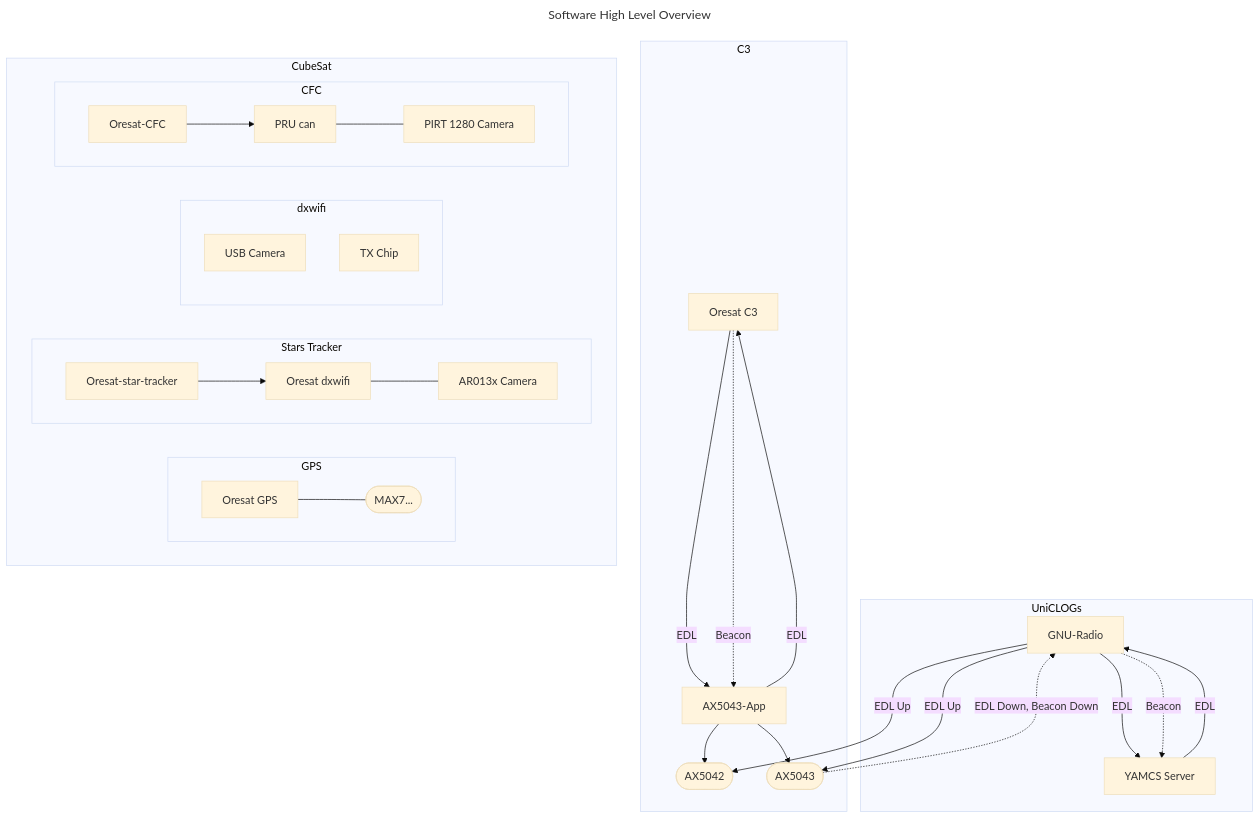
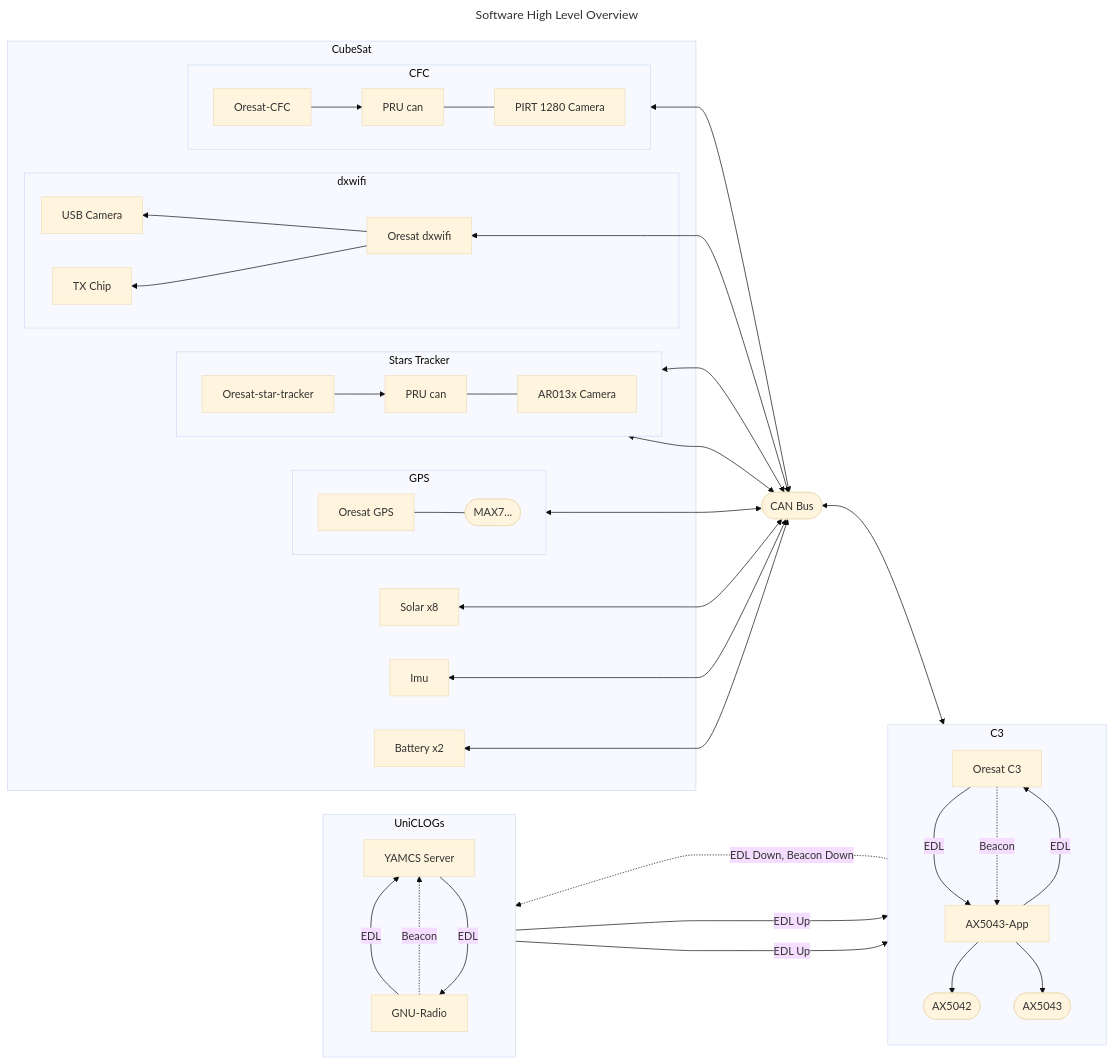
The diagram in docs/software-hdl.mermaid (oresat/oresat-software-docs), drawn with Mermaid (base theme) before and after one commit.

Commit message:
inital communication hdl

```diff
--- a/docs/software-hdl.mermaid
+++ b/docs/software-hdl.mermaid
@@ -1,66 +1,88 @@
 ---
 title: Software High Level Overview
 ---
 
-flowchart TB
+flowchart RL
     subgraph GroundStation [UniCLOGs]
+        direction BT
         server2[GNU-Radio]
         server1[YAMCS Server]
 
         server1-->|EDL| server2
         server2-->|EDL| server1
         server2-..->|Beacon| server1
     end
 
     subgraph controller[C3]
+        direction TB
         app1[Oresat C3]
         app2[AX5043-App]
 
         chip1([AX5042])
         chip2([AX5043])
 
         app1-->|EDL|app2
         app2-->|EDL|app1
         app1-..->|Beacon|app2
 
         app2-->chip1
         app2-->chip2
     end
 
     server2-->|EDL Up|chip1
     server2-->|EDL Up|chip2-..->|EDL Down, Beacon Down|server2
+
+    bus([CAN Bus])
 
     subgraph oresat[CubeSat]
         subgraph card1[GPS]
             direction LR
             app3[Oresat GPS]
             chip3([MAX7...])
         end
 
         app3 --- chip3
 
         subgraph card2[Stars Tracker]
             direction LR
             app4[Oresat-star-tracker]
             app5[PRU can]
             chip4[AR013x Camera]
         end
 
         app4-->app5---chip4
 
         subgraph card3[dxwifi]
-            app5[Oresat dxwifi]
+            app6[Oresat dxwifi]
             chip5[USB Camera]
             chip6[TX Chip]
+
+            app6-->chip5
+            app6-->chip6
         end
 
         subgraph card4[CFC]
             direction LR
-            app6[Oresat-CFC]
-            app7[PRU can]
+            app7[Oresat-CFC]
+            app8[PRU can]
             chip7[PIRT 1280 Camera]
         end
 
-        app6-->app7---chip7
+        app7-->app8---chip7
+
+        chip8[Solar x8]
+        chip9[Imu]
+        chip10[Battery x2]
+
 
     end
+
+    app1<-->bus
+    bus<-->app3
+    bus<-->app4
+    bus<-->app5
+    bus<-->app6
+    bus<-->app7
+    bus<-->chip8
+    bus<-->chip9
+    bus<-->chip10
```
